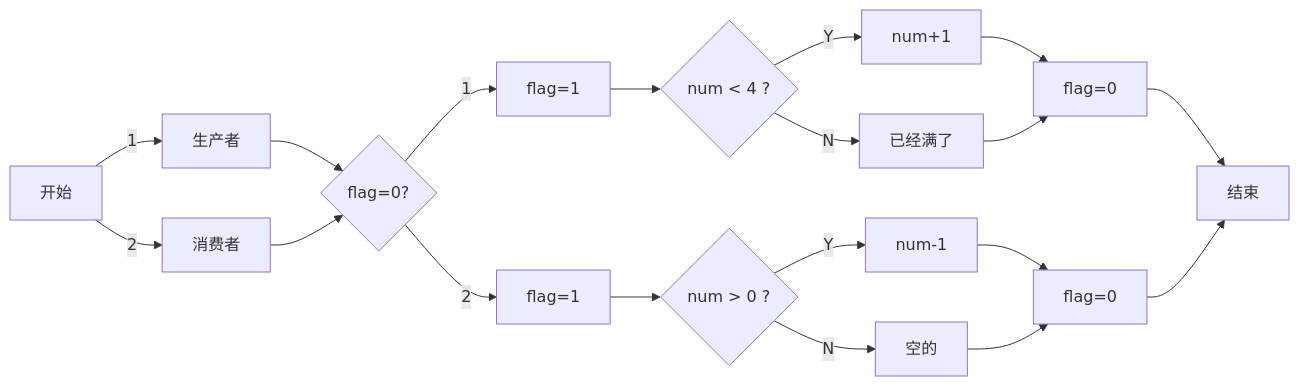
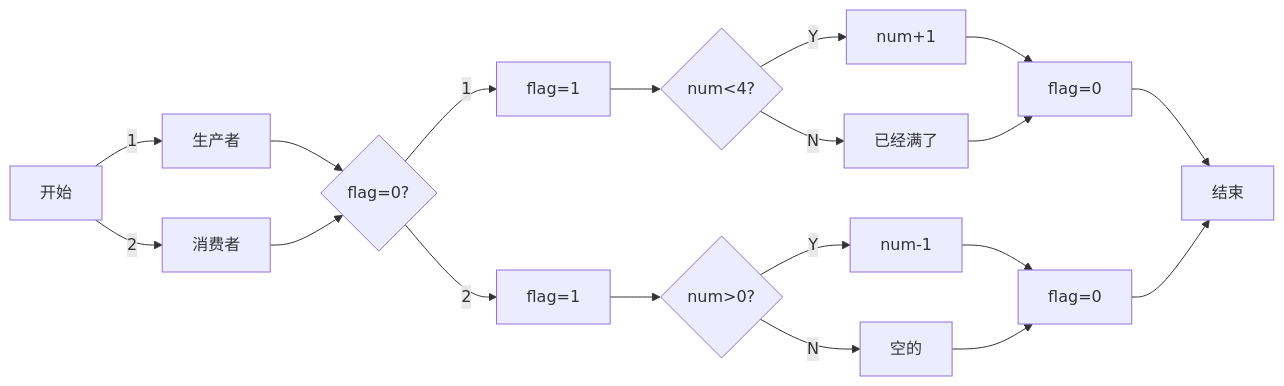
One commit to srcrs/srcrs.github.io changed the fourth of 4 diagrams in source/_posts/进程同步之生产者与消费者关系.md. Above: the diagram before and after it, drawn with Mermaid.

Commit message:
文章更改

````diff
--- a/source/_posts/进程同步之生产者与消费者关系.md
+++ b/source/_posts/进程同步之生产者与消费者关系.md
@@ -108,21 +108,21 @@
 ```mermaid
 graph LR
 start[开始] -- 1 --> 1[生产者]
 start -- 2 --> 2[消费者]
 1 --> flag{flag=0?}
 2 --> flag
 flag -- 1 --> a[flag=1]
 flag -- 2 --> b[flag=1]
-a --> numa{num < 4 ?}
+a --> numa{num<4?}
 numa -- Y --> a1[num+1]
 numa -- N --> b1[已经满了]
-b --> numb{num > 0 ?}
+b --> numb{num>0?}
 numb -- Y --> a2[num-1]
 numb -- N --> b2[空的]
 a1 --> flag1[flag=0]
 b1 --> flag1
 a2 --> flag2[flag=0]
 b2 --> flag2
 flag1 --> stop[结束]
 flag2 --> stop[结束]
 ```
````
